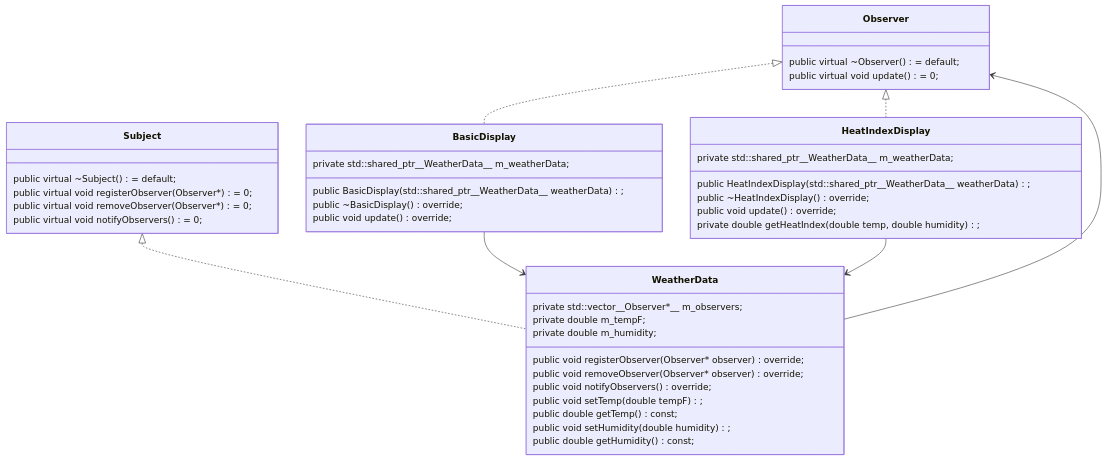
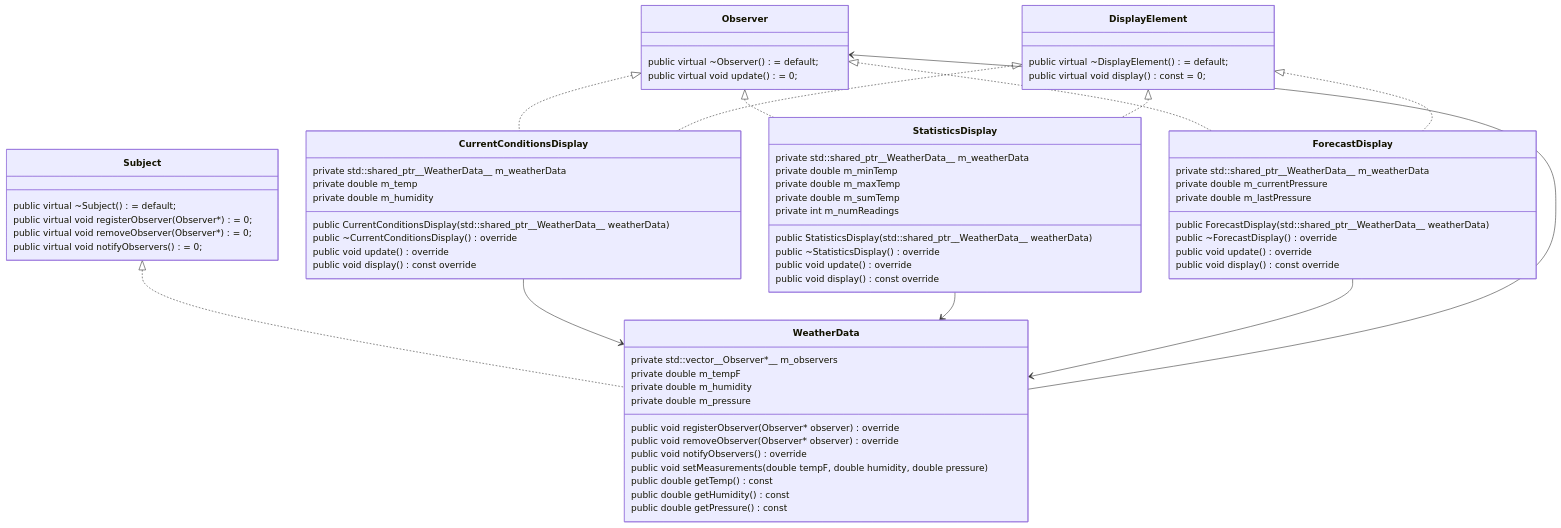
One commit to rngoodner/design-patterns changed the second of 13 diagrams in README.md. Above: the diagram before and after it, drawn with Mermaid. The commit also changed other lines of this file, not shown here.

Commit message:
sync README class diagrams with current code

````diff
--- a/README.md
+++ b/README.md
@@ -73,53 +107,78 @@
 ```mermaid
 classDiagram
 
 class Observer {
     public virtual ~Observer() = default;
     public virtual void update() = 0;
+}
+
+class DisplayElement {
+    public virtual ~DisplayElement() = default;
+    public virtual void display() const = 0;
 }
 
 class Subject {
     public virtual ~Subject() = default;
     public virtual void registerObserver(Observer*) = 0;
     public virtual void removeObserver(Observer*) = 0;
     public virtual void notifyObservers() = 0;
 }
 
 class WeatherData {
-    public void registerObserver(Observer* observer) override;
-    public void removeObserver(Observer* observer) override;
-    public void notifyObservers() override;
-    public void setTemp(double tempF);
-    public double getTemp() const;
-    public void setHumidity(double humidity);
-    public double getHumidity() const;
-
-    private std::vector__Observer*__ m_observers;
-    private double m_tempF;
-    private double m_humidity;
+    public void registerObserver(Observer* observer) override
+    public void removeObserver(Observer* observer) override
+    public void notifyObservers() override
+    public void setMeasurements(double tempF, double humidity, double pressure)
+    public double getTemp() const
+    public double getHumidity() const
+    public double getPressure() const
+    private std::vector__Observer*__ m_observers
+    private double m_tempF
+    private double m_humidity
+    private double m_pressure
 }
 
-class BasicDisplay {
-    public BasicDisplay(std::shared_ptr__WeatherData__ weatherData);
-    public ~BasicDisplay() override;
-    public void update() override;
-
-    private std::shared_ptr__WeatherData__ m_weatherData;
+class CurrentConditionsDisplay {
+    public CurrentConditionsDisplay(std::shared_ptr__WeatherData__ weatherData)
+    public ~CurrentConditionsDisplay() override
+    public void update() override
+    public void display() const override
+    private std::shared_ptr__WeatherData__ m_weatherData
+    private double m_temp
+    private double m_humidity
 }
 
-class HeatIndexDisplay {
-    public HeatIndexDisplay(std::shared_ptr__WeatherData__ weatherData);
-    public ~HeatIndexDisplay() override;
-    public void update() override;
+class StatisticsDisplay {
+    public StatisticsDisplay(std::shared_ptr__WeatherData__ weatherData)
+    public ~StatisticsDisplay() override
+    public void update() override
+    public void display() const override
+    private std::shared_ptr__WeatherData__ m_weatherData
+    private double m_minTemp
+    private double m_maxTemp
+    private double m_sumTemp
+    private int m_numReadings
+}
 
-    private std::shared_ptr__WeatherData__ m_weatherData;
-    private double getHeatIndex(double temp, double humidity);
+class ForecastDisplay {
+    public ForecastDisplay(std::shared_ptr__WeatherData__ weatherData)
+    public ~ForecastDisplay() override
+    public void update() override
+    public void display() const override
+    private std::shared_ptr__WeatherData__ m_weatherData
+    private double m_currentPressure
+    private double m_lastPressure
 }
 
 Subject <|.. WeatherData
-Observer <|.. BasicDisplay
-Observer <|.. HeatIndexDisplay
+Observer <|.. CurrentConditionsDisplay
+Observer <|.. StatisticsDisplay
+Observer <|.. ForecastDisplay
+DisplayElement <|.. CurrentConditionsDisplay
+DisplayElement <|.. StatisticsDisplay
+DisplayElement <|.. ForecastDisplay
 WeatherData --> Observer
-BasicDisplay --> WeatherData
-HeatIndexDisplay --> WeatherData
+CurrentConditionsDisplay --> WeatherData
+StatisticsDisplay --> WeatherData
+ForecastDisplay --> WeatherData
 ```
````
